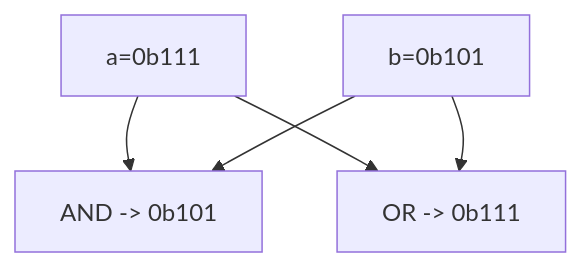
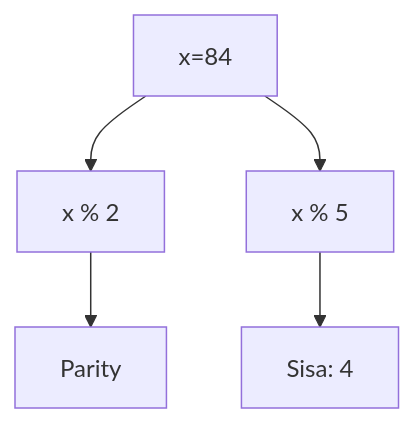
One commit to amnahwaida/OSNK_INF_PREP changed the second of 25 diagrams in part-c-pemahaman-cpp/06-bitwise/latihan/set-10.md. Above: the diagram before and after it, drawn with Mermaid. The commit also changed other lines of this file and 71 other files, not shown here.

````diff
--- a/part-c-pemahaman-cpp/06-bitwise/latihan/set-10.md
+++ b/part-c-pemahaman-cpp/06-bitwise/latihan/set-10.md
@@ -51,7 +52,7 @@
 ```mermaid
 graph TD
-    A["a=0b111"] --> C["AND -> 0b101"]
-    B["b=0b101"] --> C
-    A --> D["OR  -> 0b111"]
-    B --> D
+A[x=84] --> B[x % 2]
+B --> C[Parity]
+A --> D[x % 5]
+D --> E[Sisa: 4]
 ```
````
